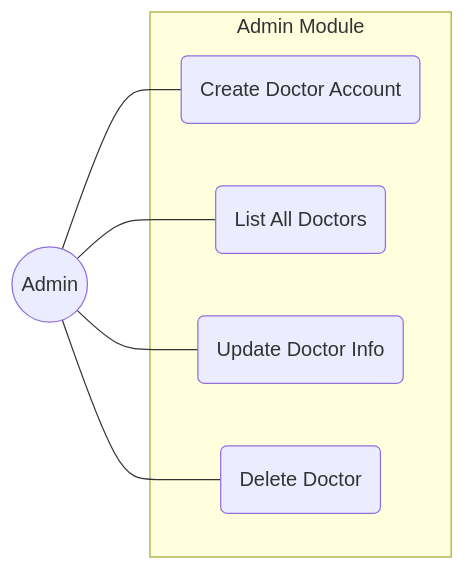
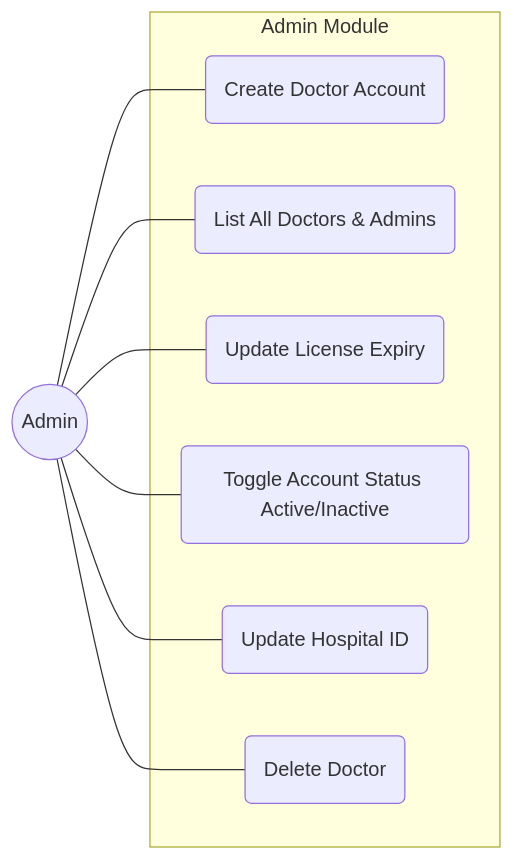
One commit to aymen-ftita/BioVant changed the diagram in conception/use_case_doctor_mgmt.md. Above: the diagram before and after it, drawn with Mermaid. The commit also changed 76 other files, not shown here.

````diff
--- a/conception/use_case_doctor_mgmt.md
+++ b/conception/use_case_doctor_mgmt.md
@@ -3,16 +3,20 @@
 ```mermaid
 graph LR
     Admin((Admin))
 
     subgraph Admin_Module [Admin Module]
         UC1(Create Doctor Account)
-        UC2(List All Doctors)
-        UC3(Update Doctor Info)
-        UC4(Delete Doctor)
+        UC2(List All Doctors & Admins)
+        UC3(Update License Expiry)
+        UC4(Toggle Account Status Active/Inactive)
+        UC5(Update Hospital ID)
+        UC6(Delete Doctor)
     end
 
     Admin --- UC1
     Admin --- UC2
     Admin --- UC3
     Admin --- UC4
+    Admin --- UC5
+    Admin --- UC6
 ```
````
